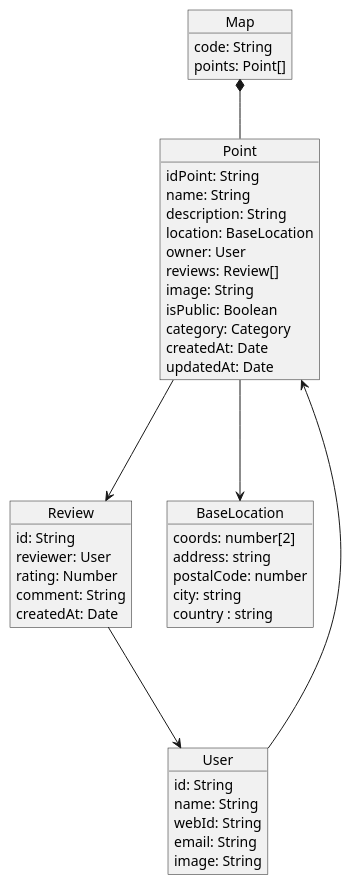
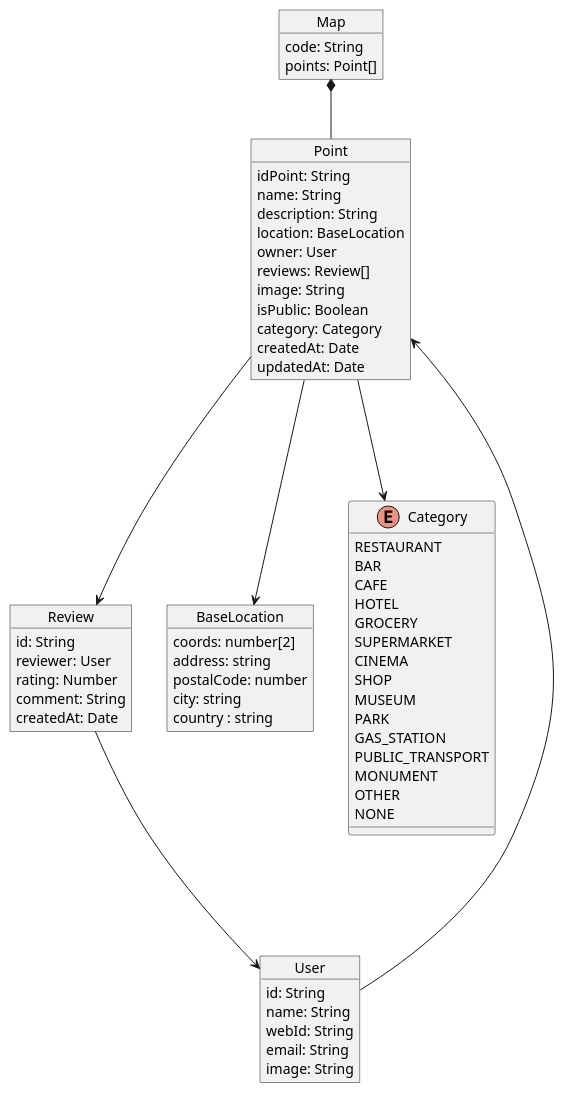
The diagram in docs/08_concepts.adoc (Arquisoft/lomap_es5a), drawn with PlantUML before and after one commit.

Commit message:
Añadido enum cateogry

```diff
--- a/docs/08_concepts.adoc
+++ b/docs/08_concepts.adoc
@@ -7,54 +7,73 @@
 [plantuml, "ModeloDeDominio", png]
 ----
 
 
 object Point{
     idPoint: String
     name: String
     description: String
     location: BaseLocation
     owner: User
     reviews: Review[]
     image: String
     isPublic: Boolean
     category: Category
     createdAt: Date
     updatedAt: Date
 }
 
 object Map{
     code: String
     points: Point[]
 }
 
 object Review{
     id: String
     reviewer: User
     rating: Number
     comment: String
     createdAt: Date
 }
 
 object User{
     id: String
     name: String
     webId: String
     email: String
     image: String
 }
 
 object BaseLocation{
     coords: number[2]
     address: string
     postalCode: number
     city: string
     country : string
 }
 
+enum Category{
+    RESTAURANT
+    BAR 
+    CAFE
+    HOTEL
+    GROCERY
+    SUPERMARKET
+    CINEMA
+    SHOP
+    MUSEUM
+    PARK
+    GAS_STATION
+    PUBLIC_TRANSPORT
+    MONUMENT
+    OTHER
+    NONE
+}
+
 Map*--Point
 Point--->Review
 User--->Point
 Review--->User
 Point--->BaseLocation
+Point--->Category
 
 ----
```
